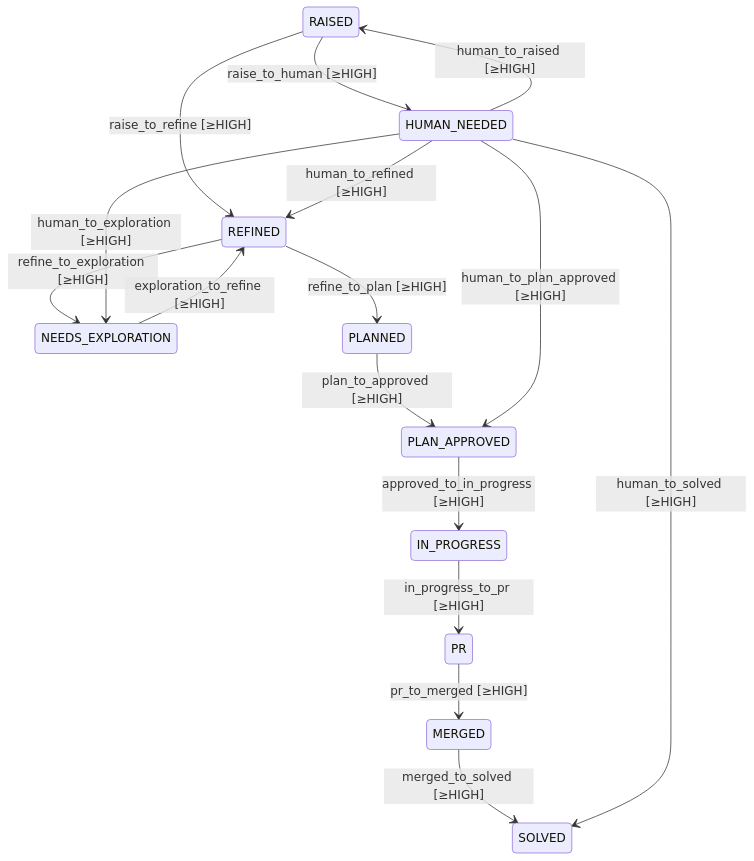
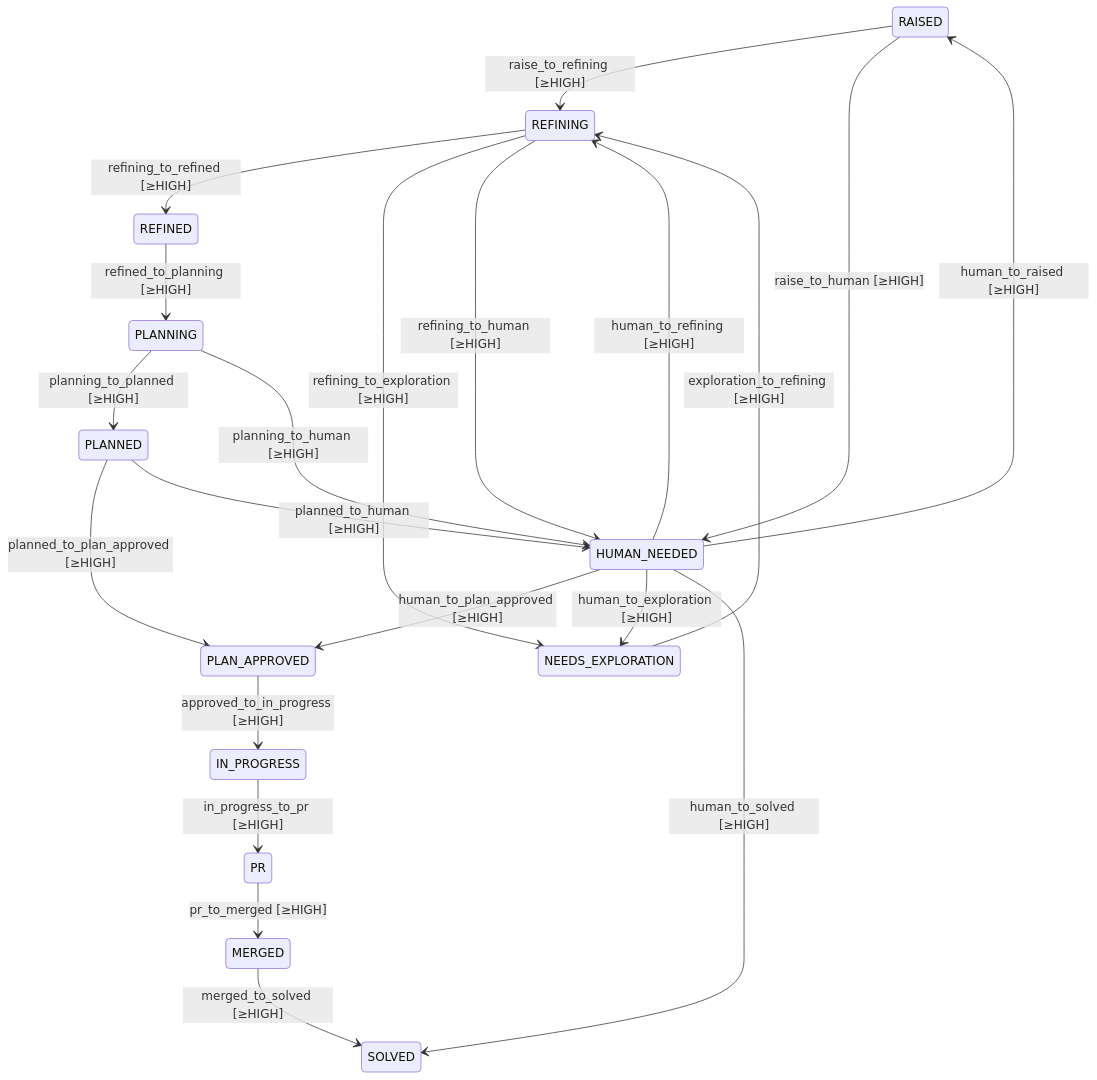
Before and after one commit to damien-robotsix/robotsix-cai: the first of 2 diagrams in docs/fsm.md, drawn with Mermaid. The commit also changed other lines of this file and 10 other files, not shown here.

````diff
--- a/docs/fsm.md
+++ b/docs/fsm.md
@@ -14,18 +14,23 @@
 ```mermaid
 stateDiagram-v2
-    RAISED --> REFINED : raise_to_refine [≥HIGH]
+    RAISED --> REFINING : raise_to_refining [≥HIGH]
     RAISED --> HUMAN_NEEDED : raise_to_human [≥HIGH]
-    REFINED --> NEEDS_EXPLORATION : refine_to_exploration [≥HIGH]
-    REFINED --> PLANNED : refine_to_plan [≥HIGH]
-    PLANNED --> PLAN_APPROVED : plan_to_approved [≥HIGH]
+    REFINING --> REFINED : refining_to_refined [≥HIGH]
+    REFINING --> NEEDS_EXPLORATION : refining_to_exploration [≥HIGH]
+    REFINING --> HUMAN_NEEDED : refining_to_human [≥HIGH]
+    NEEDS_EXPLORATION --> REFINING : exploration_to_refining [≥HIGH]
+    REFINED --> PLANNING : refined_to_planning [≥HIGH]
+    PLANNING --> PLANNED : planning_to_planned [≥HIGH]
+    PLANNING --> HUMAN_NEEDED : planning_to_human [≥HIGH]
+    PLANNED --> PLAN_APPROVED : planned_to_plan_approved [≥HIGH]
+    PLANNED --> HUMAN_NEEDED : planned_to_human [≥HIGH]
     PLAN_APPROVED --> IN_PROGRESS : approved_to_in_progress [≥HIGH]
     IN_PROGRESS --> PR : in_progress_to_pr [≥HIGH]
     PR --> MERGED : pr_to_merged [≥HIGH]
     MERGED --> SOLVED : merged_to_solved [≥HIGH]
-    NEEDS_EXPLORATION --> REFINED : exploration_to_refine [≥HIGH]
     HUMAN_NEEDED --> RAISED : human_to_raised [≥HIGH]
-    HUMAN_NEEDED --> REFINED : human_to_refined [≥HIGH]
+    HUMAN_NEEDED --> REFINING : human_to_refining [≥HIGH]
     HUMAN_NEEDED --> PLAN_APPROVED : human_to_plan_approved [≥HIGH]
     HUMAN_NEEDED --> NEEDS_EXPLORATION : human_to_exploration [≥HIGH]
     HUMAN_NEEDED --> SOLVED : human_to_solved [≥HIGH]
 ```
````
